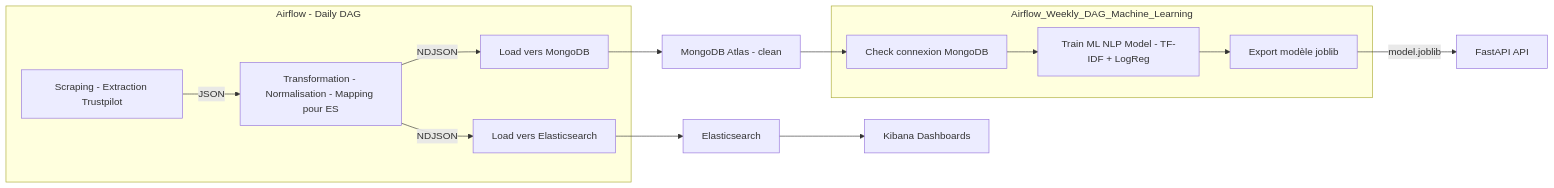
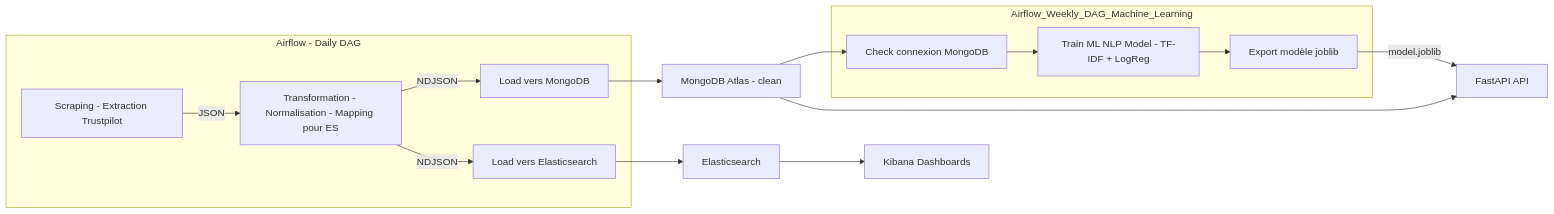
One commit to AbderraoufBou14/trustpilot-sentiment-data-pipeline changed the diagram in README.md. Above: the diagram before and after it, drawn with Mermaid.

Commit message:
Add data flow from M to G in README

````diff
--- a/README.md
+++ b/README.md
@@ -27,34 +27,35 @@
 ```mermaid
 flowchart LR
     %% --- Daily DAG ---
     subgraph D[Airflow - Daily DAG]
         D1[Scraping - Extraction Trustpilot]
         D2[Transformation - Normalisation - Mapping pour ES]
         D3[Load vers MongoDB]
         D4[Load vers Elasticsearch]
         D1 --> |JSON| D2
         D2 --> |NDJSON| D3
         D2 --> |NDJSON| D4
     end
 
     %% --- Weekly DAG ---
     subgraph subgraph W[Airflow_Weekly_DAG_Machine_Learning]
         W1[Check connexion MongoDB]
         W2[Train ML NLP Model - TF-IDF + LogReg]
         W3[Export modèle joblib]
         W1 --> W2 --> W3
     end
 
     %% --- Bases et services ---
     M[MongoDB Atlas - clean]
     E[Elasticsearch]
     G[FastAPI API]
     K[Kibana Dashboards]
 
     %% --- Flux de données ---
     D3 --> M
     D4 --> E
     M --> W1
+    M --> G
     W3 --> |model.joblib| G
     E --> K
 ```
````
